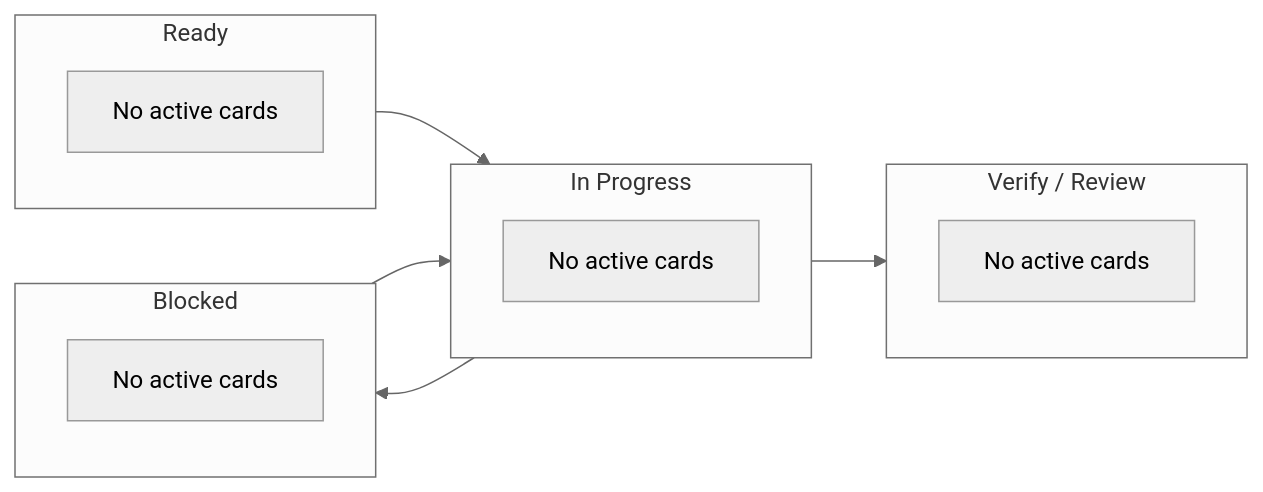
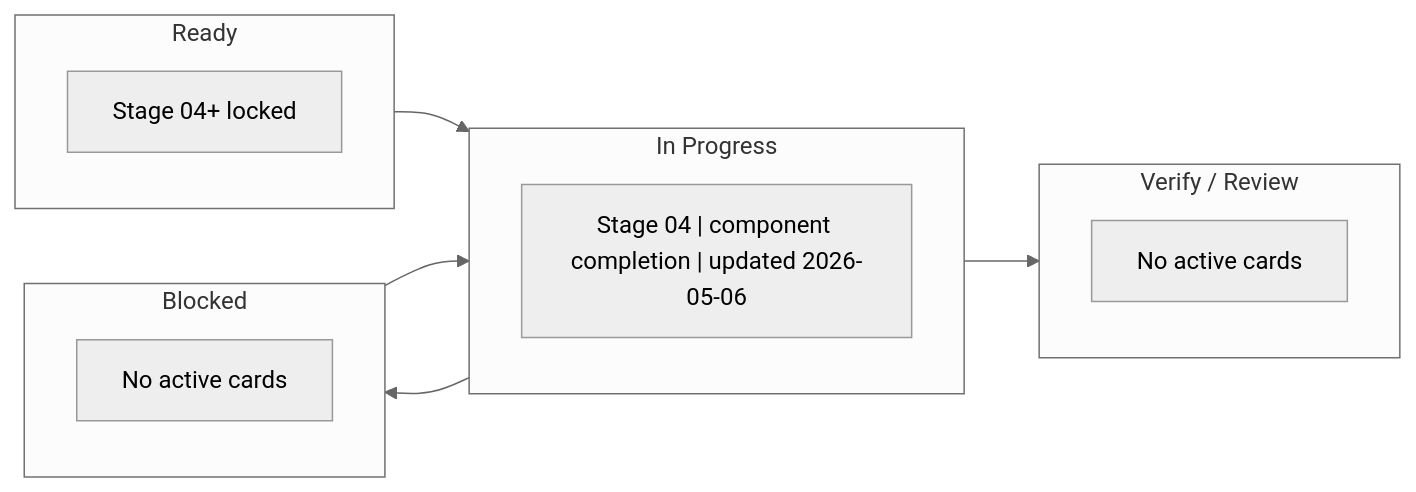
Before and after one commit to shomsy/avax: the diagram in .agents/management/ACTIVE.md, drawn with Mermaid (neutral theme). The commit also changed other lines of this file and 149 other files, not shown here.

````diff
--- a/.agents/management/ACTIVE.md
+++ b/.agents/management/ACTIVE.md
@@ -20,23 +20,23 @@
 ```mermaid
 flowchart LR
     subgraph Ready["Ready"]
-        R0["No active cards"]
+        R0["Stage 04+ locked"]
     end
 
     subgraph InProgress["In Progress"]
-        P0["No active cards"]
+        P0["Stage 04 | component completion | updated 2026-05-06"]
     end
 
     subgraph Blocked["Blocked"]
         B0["No active cards"]
     end
 
     subgraph Verify["Verify / Review"]
         V0["No active cards"]
     end
 
     Ready --> InProgress
     InProgress --> Verify
     InProgress --> Blocked
     Blocked --> InProgress
 ```
````
